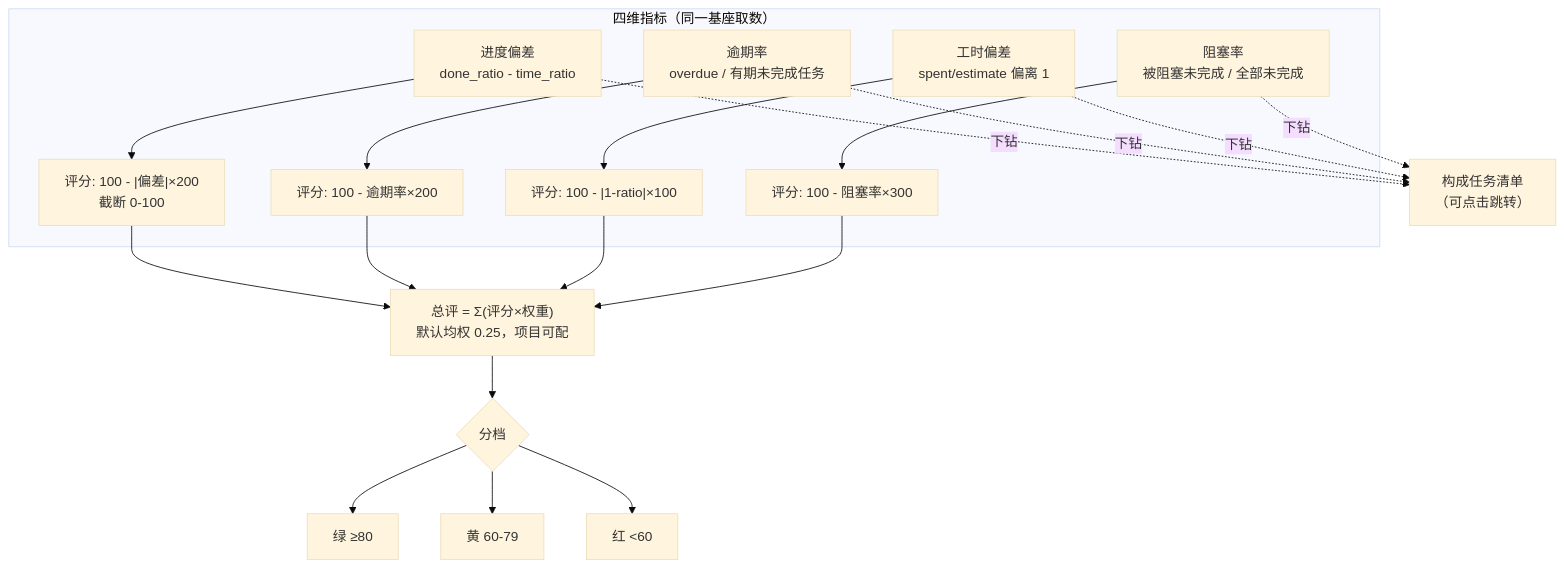
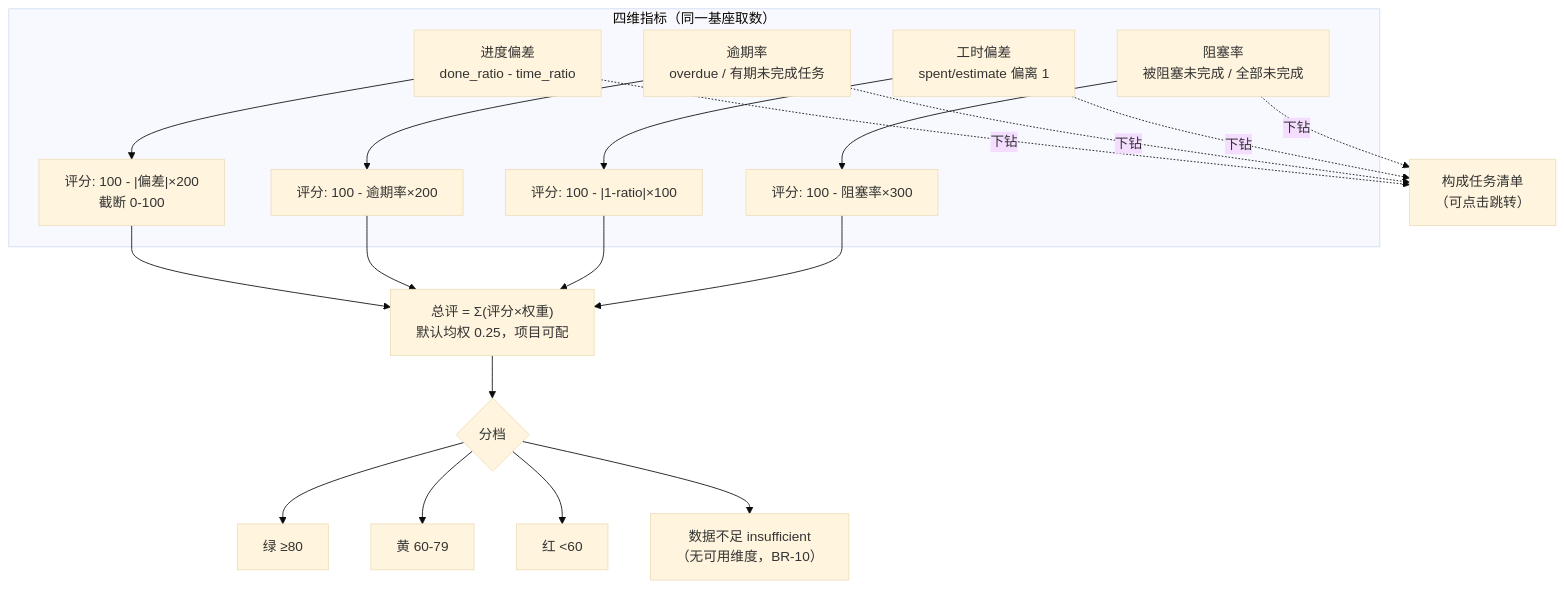
The first of 3 diagrams in docs/sprint-9-enterprise-portfolio/RPT-004-project-health.md (RabbitAI-Lab/RabbitProjects), drawn with Mermaid (base theme) before and after one commit. The commit also changed other lines of this file and 13 other files, not shown here.

````diff
--- a/docs/sprint-9-enterprise-portfolio/RPT-004-project-health.md
+++ b/docs/sprint-9-enterprise-portfolio/RPT-004-project-health.md
@@ -78,12 +78,12 @@
 ```mermaid
 flowchart TB
     subgraph DIM["四维指标（同一基座取数）"]
         D1["进度偏差<br/>done_ratio - time_ratio"] --> S1["评分: 100 - |偏差|×200<br/>截断 0-100"]
         D2["逾期率<br/>overdue / 有期未完成任务"] --> S2["评分: 100 - 逾期率×200"]
         D3["工时偏差<br/>spent/estimate 偏离 1"] --> S3["评分: 100 - |1-ratio|×100"]
         D4["阻塞率<br/>被阻塞未完成 / 全部未完成"] --> S4["评分: 100 - 阻塞率×300"]
     end
     S1 & S2 & S3 & S4 --> T["总评 = Σ(评分×权重)<br/>默认均权 0.25，项目可配"]
-    T --> G{"分档"} --> G1["绿 ≥80"] & G2["黄 60-79"] & G3["红 <60"]
+    T --> G{"分档"} --> G1["绿 ≥80"] & G2["黄 60-79"] & G3["红 <60"] & G0["数据不足 insufficient<br/>（无可用维度，BR-10）"]
     D1 & D2 & D3 & D4 -.下钻.-> L["构成任务清单<br/>（可点击跳转）"]
 ```
````
